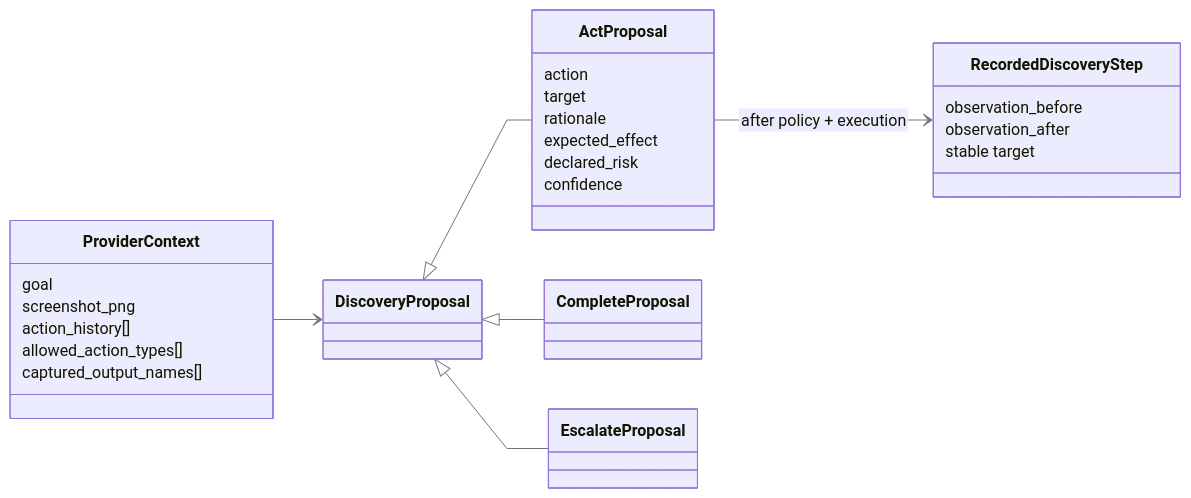
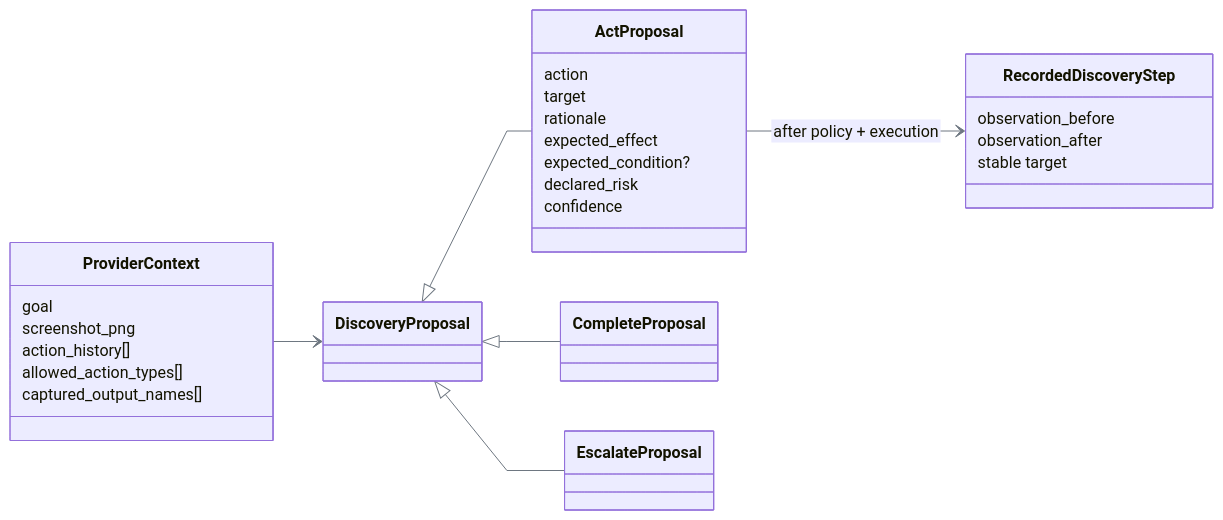
One commit to SivaTSS/replay-forge changed the third of 6 diagrams in docs/data-models.md. Above: the diagram before and after it, drawn with Mermaid. The commit also changed other lines of this file and 8 other files, not shown here.

````diff
--- a/docs/data-models.md
+++ b/docs/data-models.md
@@ -91,34 +116,35 @@
 ```mermaid
 %%{init: {"htmlLabels":false,"themeVariables":{"lineColor":"#6E7781","signalColor":"#6E7781"},"flowchart":{"curve":"linear"},"sequence":{"wrap":true}}}%%
 classDiagram
     direction LR
     class ProviderContext {
       goal
       screenshot_png
       action_history[]
       allowed_action_types[]
       captured_output_names[]
     }
     class DiscoveryProposal
     class ActProposal {
       action
       target
       rationale
       expected_effect
+      expected_condition?
       declared_risk
       confidence
     }
     class CompleteProposal
     class EscalateProposal
     class RecordedDiscoveryStep {
       observation_before
       observation_after
       stable target
     }
     ProviderContext --> DiscoveryProposal
     DiscoveryProposal <|-- ActProposal
     DiscoveryProposal <|-- CompleteProposal
     DiscoveryProposal <|-- EscalateProposal
     ActProposal --> RecordedDiscoveryStep : after policy + execution
 
 ```
````
